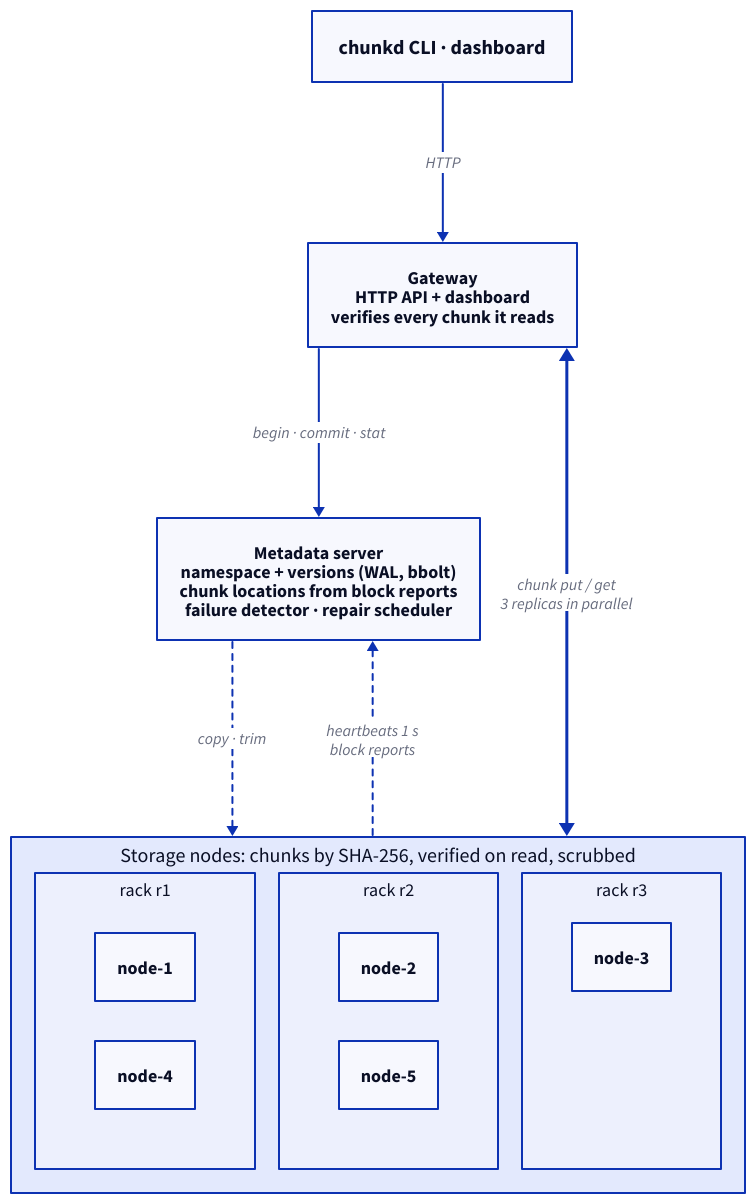
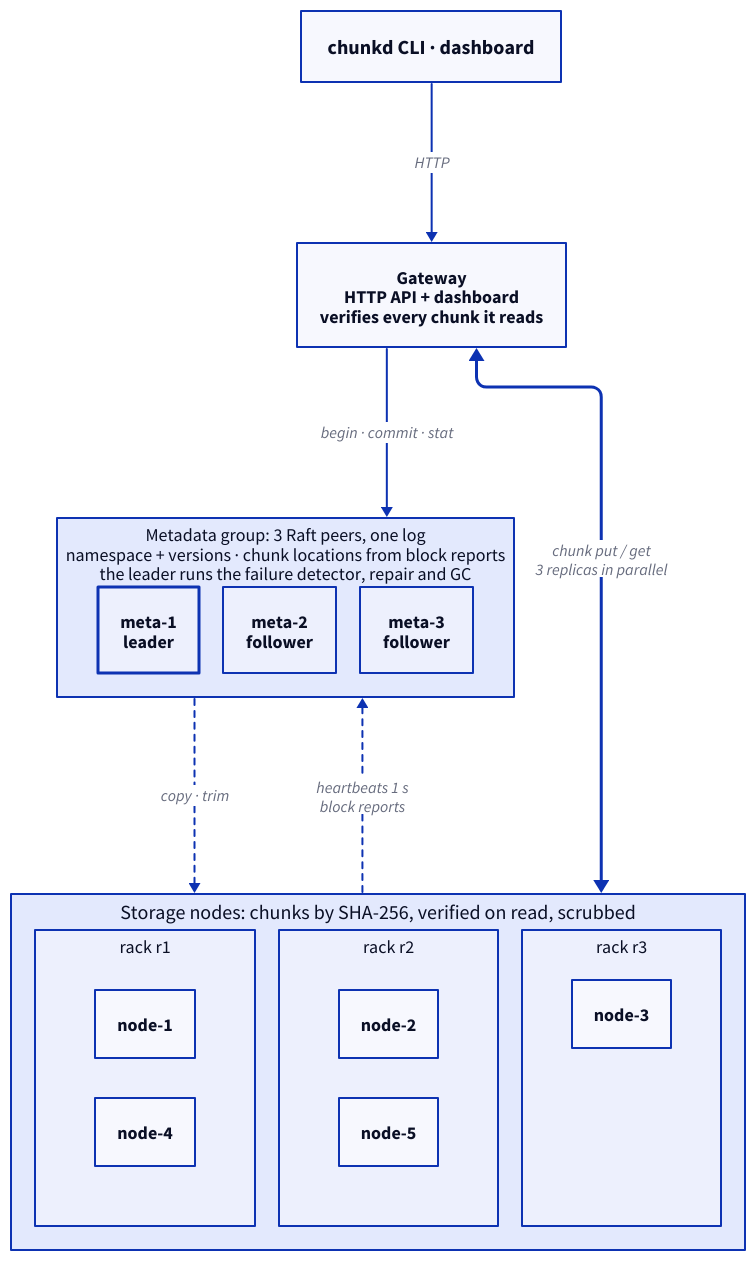
The diagram in docs/assets/architecture.d2 (insanityatpeak/chunkd), drawn with D2 before and after one commit. The commit also changed 5 other files, not shown here.

```diff
--- a/docs/assets/architecture.d2
+++ b/docs/assets/architecture.d2
@@ -1,56 +1,61 @@
 # chunkd architecture. Render: go run ./tools/task diagram
 vars: {
   d2-config: {
     layout-engine: elk
   }
 }
 direction: down
 
 clients: "chunkd CLI · dashboard" {
   style.font-size: 20
 }
 
 gateway: "Gateway\nHTTP API + dashboard\nverifies every chunk it reads" {
   style.font-size: 18
 }
 
-meta: "Metadata server\nnamespace + versions (WAL, bbolt)\nchunk locations from block reports\nfailure detector · repair scheduler" {
+meta: "Metadata group: 3 Raft peers, one log\nnamespace + versions · chunk locations from block reports\nthe leader runs the failure detector, repair and GC" {
   style.font-size: 18
+  grid-columns: 3
+  grid-gap: 24
+  m1: "meta-1\nleader" {style.font-size: 18; style.stroke-width: 3}
+  m2: "meta-2\nfollower" {style.font-size: 18}
+  m3: "meta-3\nfollower" {style.font-size: 18}
 }
 
 nodes: "Storage nodes: chunks by SHA-256, verified on read, scrubbed" {
   style.font-size: 20
   grid-columns: 3
   grid-gap: 24
   r1: rack r1 {
     style.font-size: 18
     grid-rows: 2
     n1: node-1 {style.font-size: 18}
     n4: node-4 {style.font-size: 18}
   }
   r2: rack r2 {
     style.font-size: 18
     grid-rows: 2
     n2: node-2 {style.font-size: 18}
     n5: node-5 {style.font-size: 18}
   }
   r3: rack r3 {
     style.font-size: 18
     n3: node-3 {style.font-size: 18}
   }
 }
 
 clients -> gateway: HTTP {style.font-size: 16}
 gateway -> meta: "begin · commit · stat" {style.font-size: 16}
 gateway <-> nodes: "chunk put / get\n3 replicas in parallel" {
   style.stroke-width: 3
   style.font-size: 16
 }
 nodes -> meta: "heartbeats 1 s\nblock reports" {
   style.stroke-dash: 3
   style.font-size: 16
 }
 meta -> nodes: "copy · trim" {
   style.stroke-dash: 3
   style.font-size: 16
 }
```
